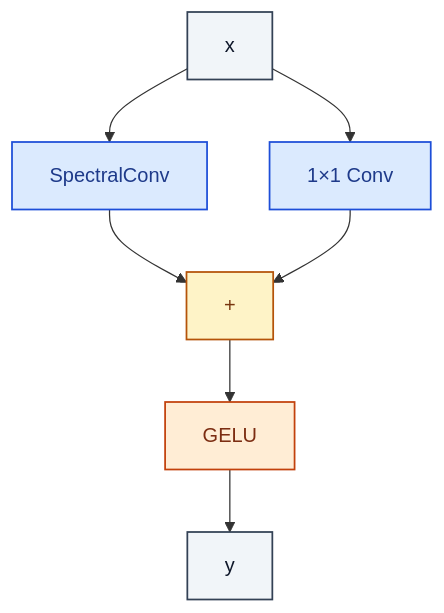
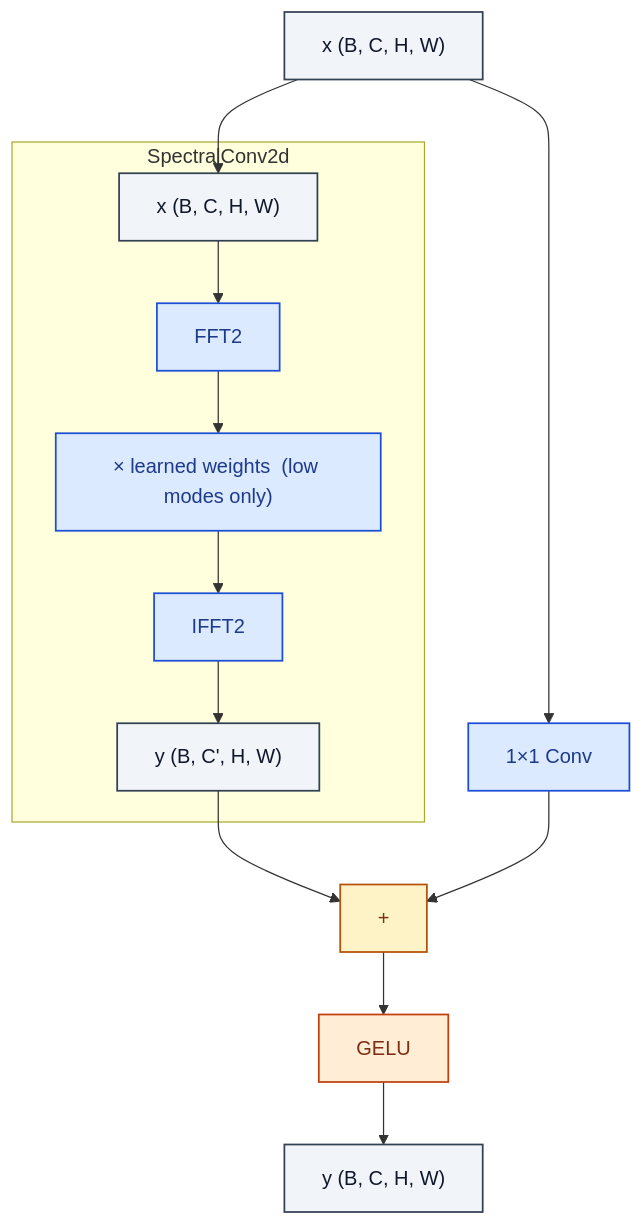
Before and after one commit to RealityShifts/Srivastava-book-of-Blocks-diagrams: the diagram in specialized/FNOBlock.md, drawn with Mermaid. The commit also changed 123 other files, not shown here.

````diff
--- a/specialized/FNOBlock.md
+++ b/specialized/FNOBlock.md
@@ -7,24 +7,35 @@
 ```mermaid
 flowchart TD
-    n0_0["x"]:::io
-    n1_0["SpectralConv"]:::op
+    n0_0["x  (B, C, H, W)"]:::io
+    subgraph n1_0["SpectralConv2d"]
+        n1_0_0_0["x  (B, C, H, W)"]:::io
+        n1_0_1_0["FFT2"]:::op
+        n1_0_2_0["× learned weights  (low modes only)"]:::op
+        n1_0_3_0["IFFT2"]:::op
+        n1_0_4_0["y  (B, C', H, W)"]:::io
+        n1_0_0_0 --> n1_0_1_0
+        n1_0_1_0 --> n1_0_2_0
+        n1_0_2_0 --> n1_0_3_0
+        n1_0_3_0 --> n1_0_4_0
+    end
     n1_1["1×1 Conv"]:::op
     n2_0["+"]:::merge
     n3_0["GELU"]:::act
-    n4_0["y"]:::io
-    n0_0 --> n1_0
+    n4_0["y  (B, C, H, W)"]:::io
+    n0_0 --> n1_0_0_0
     n0_0 --> n1_1
-    n1_0 --> n2_0
+    n1_0_4_0 --> n2_0
     n1_1 --> n2_0
     n2_0 --> n3_0
     n3_0 --> n4_0
     classDef io fill:#f1f5f9,stroke:#334155,stroke-width:1.4px,color:#0f172a
     classDef op fill:#dbeafe,stroke:#1d4ed8,stroke-width:1.4px,color:#1e3a8a
     classDef norm fill:#dcfce7,stroke:#15803d,stroke-width:1.4px,color:#14532d
     classDef act fill:#ffedd5,stroke:#c2410c,stroke-width:1.4px,color:#7c2d12
     classDef attn fill:#ede9fe,stroke:#6d28d9,stroke-width:1.4px,color:#4c1d95
     classDef merge fill:#fef3c7,stroke:#b45309,stroke-width:1.4px,color:#78350f
     classDef emb fill:#fef9c3,stroke:#a16207,stroke-width:1.4px,color:#713f12
     classDef loss fill:#fee2e2,stroke:#b91c1c,stroke-width:1.4px,color:#7f1d1d
     classDef ctrl fill:#f5f5f4,stroke:#52525b,stroke-width:1.4px,color:#27272a
+    classDef ref fill:#e0f2fe,stroke:#0369a1,stroke-width:2px,color:#0c4a6e,stroke-dasharray: 4 2
 ```
````
